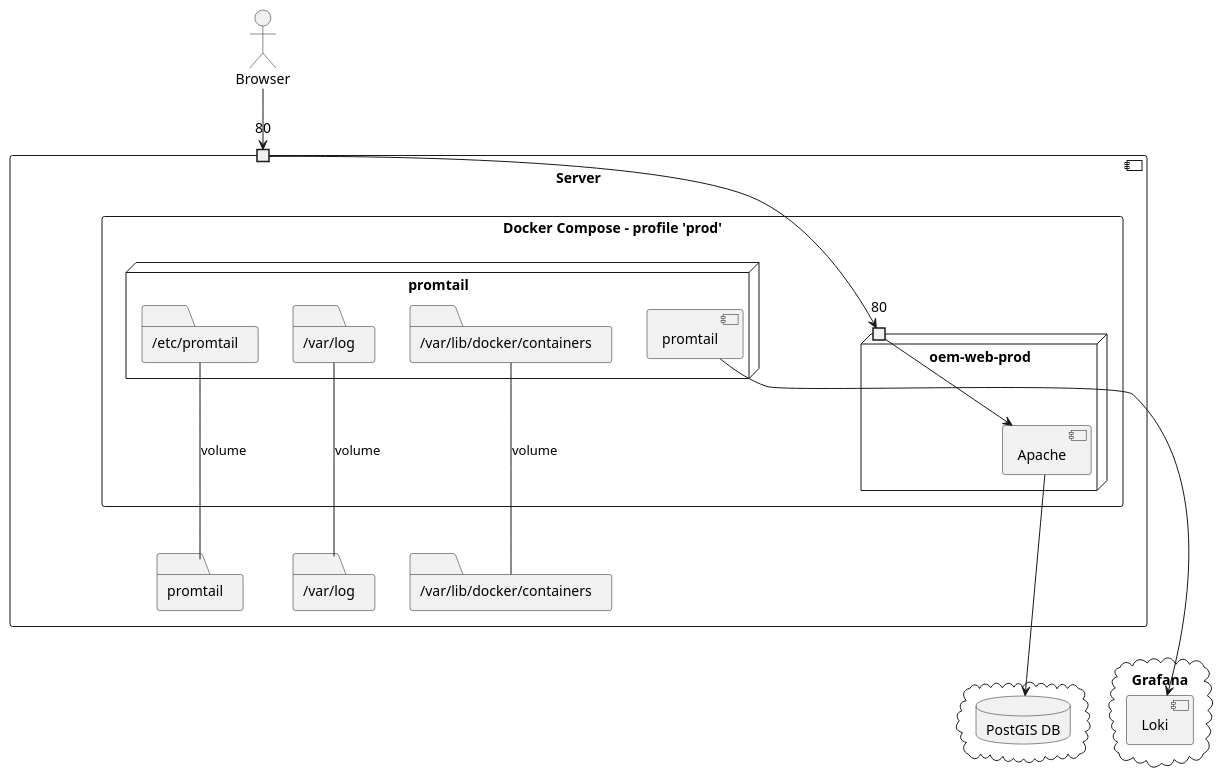
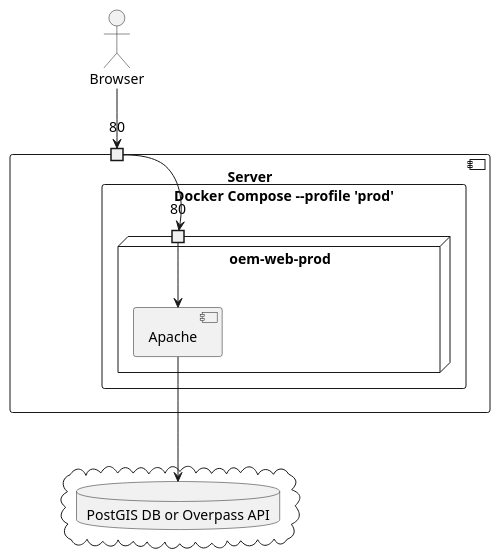
The diagram in images/prod_deployment.plantuml (Danysan1/osm-wikidata-map-framework), drawn with PlantUML before and after one commit. The commit also changed 10 other files, not shown here.

```diff
--- a/images/prod_deployment.plantuml
+++ b/images/prod_deployment.plantuml
@@ -1,42 +1,25 @@
 @startuml prod_deployment
 
+actor Browser
 component Server {
   port "80" as 80docker
-  rectangle "Docker Compose - profile 'prod'" as docker {
-    node promtail {
-      component promtail as promInst
-      folder "/etc/promtail" as promRem
-      folder "/var/log" as logRem
-      folder "/var/lib/docker/containers" as contRem
-    }
+  rectangle "Docker Compose --profile 'prod'" as docker {
     node "oem-web-prod" {
       port "80" as 80webProd
       component Apache
     }
   }
-  folder "promtail" as promLoc
-  folder "/var/log" as logLoc
-  folder "/var/lib/docker/containers" as contLoc
 }
-cloud Grafana {
-  component Loki
+cloud {
+  database "PostGIS DB or Overpass API" as db
 }
-actor Browser
-cloud {
-  database "PostGIS DB" as db
-}
-
-promRem --- promLoc : volume
-logRem --- logLoc : volume
-contRem --- contLoc : volume
 
 Apache ---> db
 
 Browser --> 80docker
 
 80docker --> 80webProd
 
 80webProd --> Apache
-promInst ----> Loki
 
 @enduml
```
